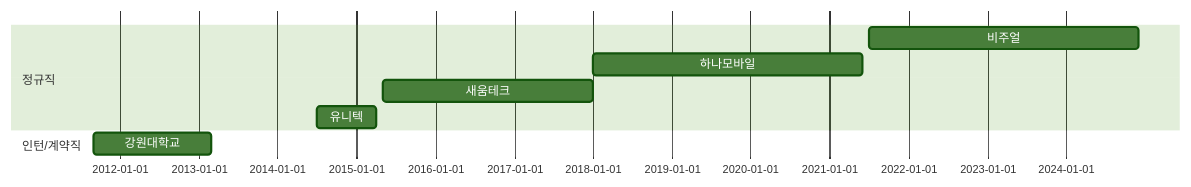
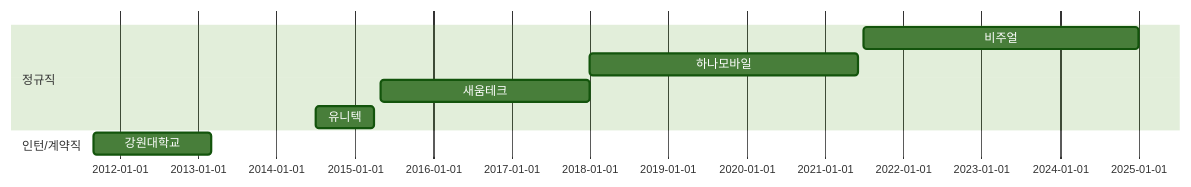
The second of 3 diagrams in PORTFOLIO.md (talq44/resume_portfolio), drawn with Mermaid (forest theme) before and after one commit. The commit also changed other lines of this file and 2 other files, not shown here.

Commit message:
내용 변경 (#5)
* 내용 추가

* 포트폴리오 파일 수정

````diff
--- a/PORTFOLIO.md
+++ b/PORTFOLIO.md
@@ -79,11 +79,11 @@
 ``` mermaid
 gantt
   dateFormat  YYYY-MM
   section 정규직
-  비주얼 :i3, 2021-07, 2024-12
+  비주얼 :i3, 2021-07, 2025-01
   하나모바일 :i2, 2018-01, 2021-06
   새움테크 :i1, 2015-05, 2018-01
   유니텍 : c1, 2014-07, 2015-04
   section 인턴/계약직
   강원대학교 :a2, 2011-09, 2013-03
 ```
````
